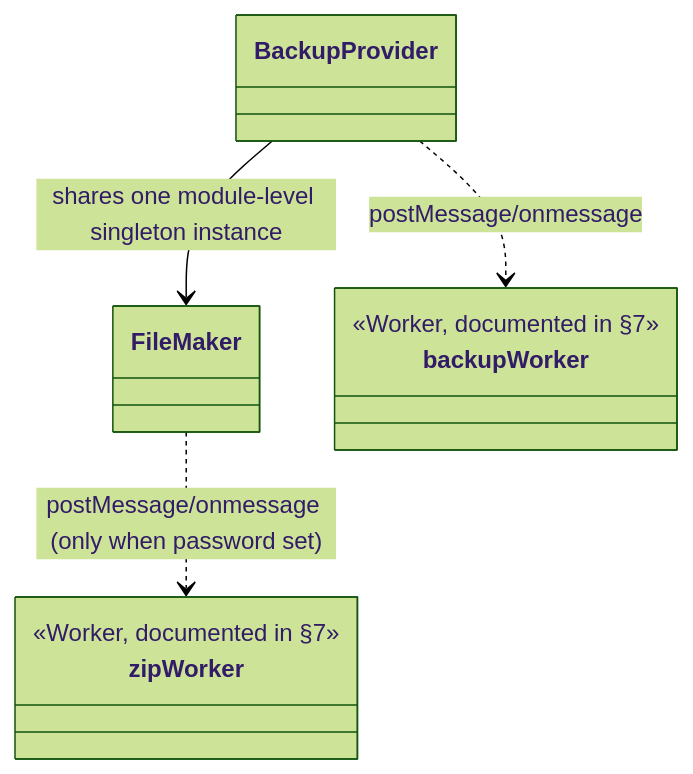
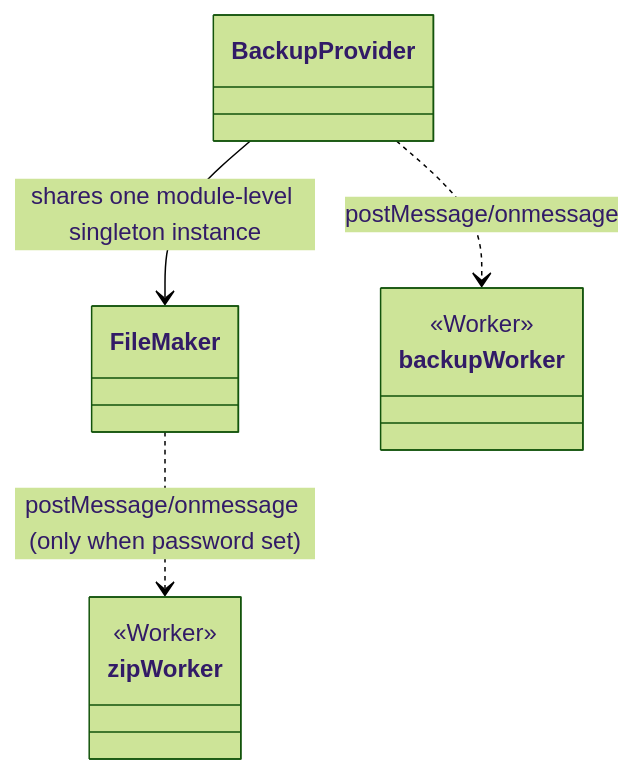
Before and after one commit to melchi45/rtsp-over-websocket: the third of 15 diagrams in docs/player/07-talk-backup-worker.md, drawn with Mermaid (forest theme). The commit also changed other lines of this file and 3 other files, not shown here.

````diff
--- a/docs/player/07-talk-backup-worker.md
+++ b/docs/player/07-talk-backup-worker.md
@@ -211,14 +210,14 @@
 ```mermaid
 classDiagram
     class BackupProvider
     class FileMaker
     class backupWorker {
-        <<Worker, documented in §7>>
+        <<Worker>>
     }
     class zipWorker {
-        <<Worker, documented in §7>>
+        <<Worker>>
     }
     BackupProvider --> FileMaker : shares one module-level singleton instance
     BackupProvider ..> backupWorker : postMessage/onmessage
     FileMaker ..> zipWorker : postMessage/onmessage (only when password set)
 ```
````
